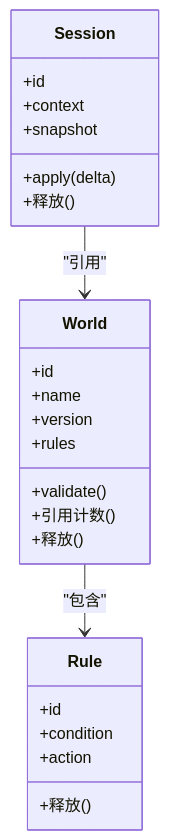
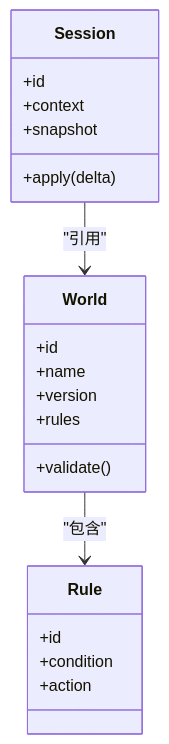
The tenth of 12 diagrams in .qoder/repowiki/zh/content/运行时系统/运行时核心.md (Ivandanslespace/thegreatnovel), drawn with Mermaid before and after one commit. The commit also changed other lines of this file and 100 other files, not shown here.

````diff
--- a/.qoder/repowiki/zh/content/运行时系统/运行时核心.md
+++ b/.qoder/repowiki/zh/content/运行时系统/运行时核心.md
@@ -428,27 +468,23 @@
 ```mermaid
 classDiagram
 class World {
 +id
 +name
 +version
 +rules
 +validate()
-+引用计数()
-+释放()
 }
 class Session {
 +id
 +context
 +snapshot
 +apply(delta)
-+释放()
 }
 class Rule {
 +id
 +condition
 +action
-+释放()
 }
 World --> Rule : "包含"
 Session --> World : "引用"
 ```
````
